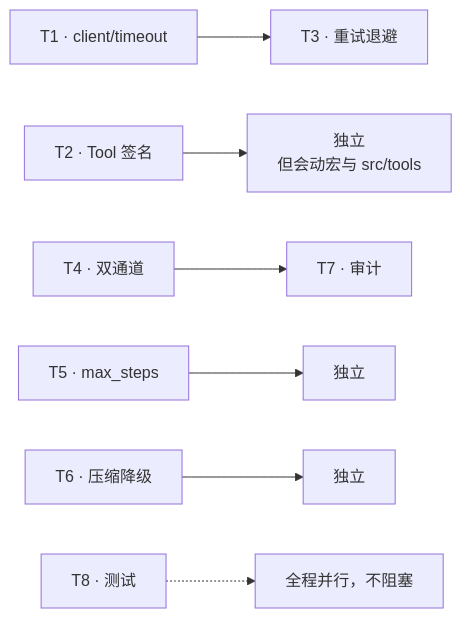
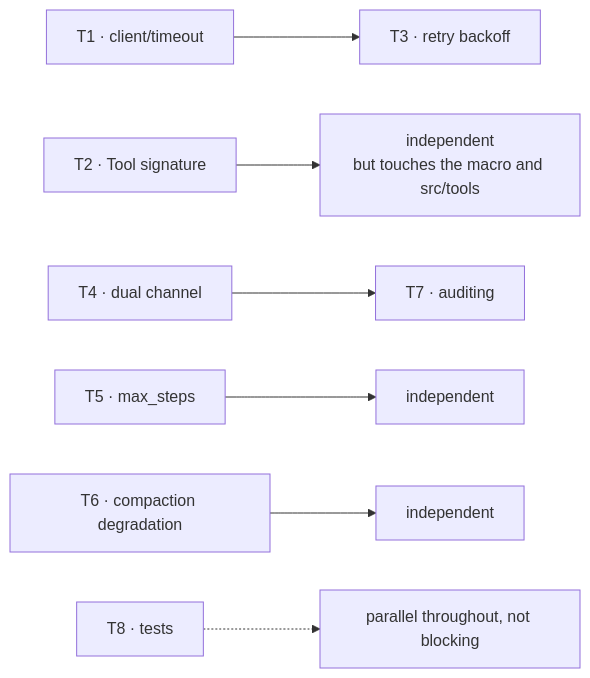
One commit to Seann0824/Shirley changed the diagram in docs/plan.md. Above: the diagram before and after it, drawn with Mermaid. The commit also changed other lines of this file and 131 other files, not shown here.

````diff
--- a/docs/plan.md
+++ b/docs/plan.md
@@ -206,9 +206,9 @@
 ```mermaid
 graph LR
-    T1["T1 · client/timeout"] --> T3["T3 · 重试退避"]
-    T2["T2 · Tool 签名"] --> D2["独立<br/>但会动宏与 src/tools"]
-    T4["T4 · 双通道"] --> T7["T7 · 审计"]
-    T5["T5 · max_steps"] --> D5["独立"]
-    T6["T6 · 压缩降级"] --> D6["独立"]
-    T8["T8 · 测试"] -.-> P["全程并行，不阻塞"]
+    T1["T1 · client/timeout"] --> T3["T3 · retry backoff"]
+    T2["T2 · Tool signature"] --> D2["independent<br/>but touches the macro and src/tools"]
+    T4["T4 · dual channel"] --> T7["T7 · auditing"]
+    T5["T5 · max_steps"] --> D5["independent"]
+    T6["T6 · compaction degradation"] --> D6["independent"]
+    T8["T8 · tests"] -.-> P["parallel throughout, not blocking"]
 ```
````
